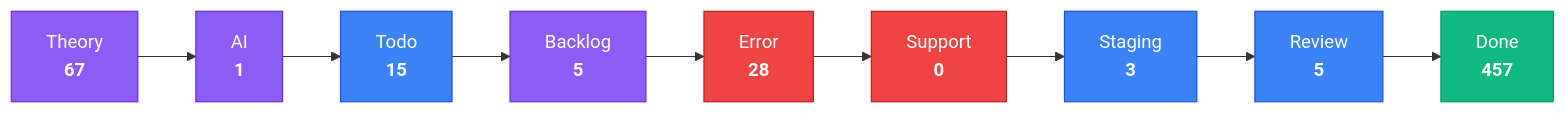
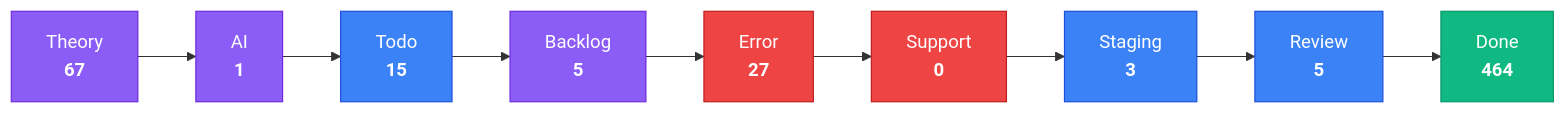
One commit to KBVE/kbve changed the third of 4 diagrams in apps/kbve/astro-kbve/src/content/docs/dashboard/kanban-data.mdx. Above: the diagram before and after it, drawn with Mermaid. The commit also changed other lines of this file and 8 other files, not shown here.

````diff
--- a/apps/kbve/astro-kbve/src/content/docs/dashboard/kanban-data.mdx
+++ b/apps/kbve/astro-kbve/src/content/docs/dashboard/kanban-data.mdx
@@ -80,28 +80,28 @@
 ```mermaid
 flowchart LR
     classDef planning fill:#8b5cf6,stroke:#6d28d9,color:#fff
     classDef active fill:#3b82f6,stroke:#1d4ed8,color:#fff
     classDef blocked fill:#ef4444,stroke:#b91c1c,color:#fff
     classDef done fill:#10b981,stroke:#059669,color:#fff
     Theory["Theory<br/><strong>67</strong>"]
     Theory --> AI
     AI["AI<br/><strong>1</strong>"]
     AI --> Todo
     Todo["Todo<br/><strong>15</strong>"]
     Todo --> Backlog
     Backlog["Backlog<br/><strong>5</strong>"]
     Backlog --> Error
-    Error["Error<br/><strong>28</strong>"]
+    Error["Error<br/><strong>27</strong>"]
     Error --> Support
     Support["Support<br/><strong>0</strong>"]
     Support --> Staging
     Staging["Staging<br/><strong>3</strong>"]
     Staging --> Review
     Review["Review<br/><strong>5</strong>"]
     Review --> Done
-    Done["Done<br/><strong>457</strong>"]
+    Done["Done<br/><strong>464</strong>"]
     class Theory,AI,Backlog planning
     class Todo,Staging,Review active
     class Error,Support blocked
     class Done done
 ```
````
